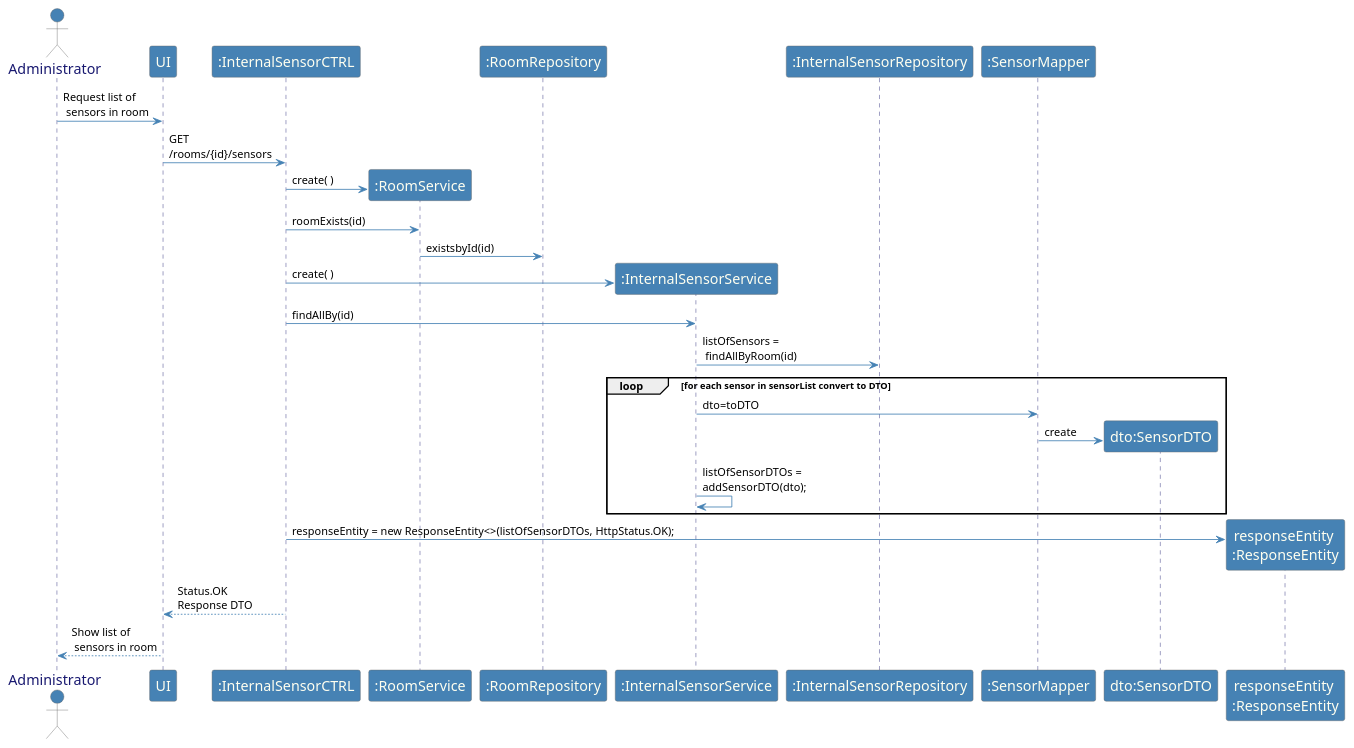
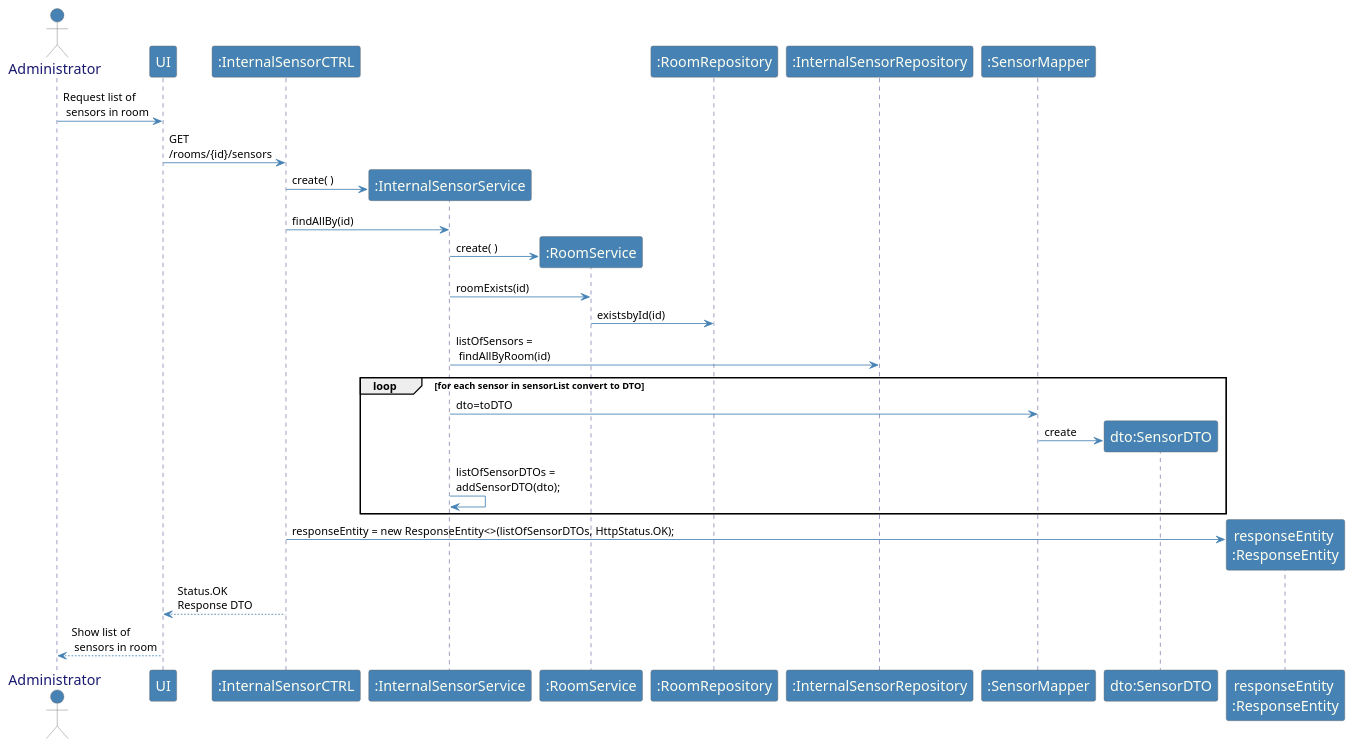
The diagram in src/main/java/smarthome/controller/rest/sequenceDiagrams/sd_ListSensorsInRoom.puml (emanuel-pereira/hou), drawn with PlantUML before and after one commit. The commit also changed 1 other file, not shown here.

Commit message:
Ref #260 class and sequence diagrams update for user story to get a list of room sensors

```diff
--- a/src/main/java/smarthome/controller/rest/sequenceDiagrams/sd_ListSensorsInRoom.puml
+++ b/src/main/java/smarthome/controller/rest/sequenceDiagrams/sd_ListSensorsInRoom.puml
@@ -1,53 +1,54 @@
 @startuml
 
 skinparam sequence {
 	ArrowColor SteelBlue
 	ActorBorderColor Dimgray
 	LifeLineBorderColor MidnightBlue
 	LifeLineBackgroundColor #A9DCDF
 
 	ParticipantBorderColor Dimgray
 	ParticipantBackgroundColor SteelBlue
 	ParticipantFontName Calibri Bold
 	ParticipantFontSize 17
 	ParticipantFontColor Ivory
 
 	ActorBackgroundColor SteelBlue
 	ActorFontColor MidnightBlue
 	ActorFontSize 17
 	ActorFontName Aapex
 }
 
 skinparam note {
 BorderColor SteelBlue
 }
 actor Administrator
 Administrator->UI: Request list of \n sensors in room
 "UI" -> ":InternalSensorCTRL": GET \n/rooms/{id}/sensors
 
-create ":RoomService"
-":InternalSensorCTRL" -> ":RoomService" : create( )
-":InternalSensorCTRL" -> ":RoomService" : roomExists(id)
-
-":RoomService" -> ":RoomRepository" : existsbyId(id)
 
 create ":InternalSensorService"
 ":InternalSensorCTRL" -> ":InternalSensorService" : create( )
 ":InternalSensorCTRL" -> ":InternalSensorService" : findAllBy(id)
+create ":RoomService"
+":InternalSensorService" -> ":RoomService" : create( )
+":InternalSensorService" -> ":RoomService" : roomExists(id)
+":RoomService" -> ":RoomRepository" : existsbyId(id)
+
+
 
 ":InternalSensorService" -> ":InternalSensorRepository" : listOfSensors =\n findAllByRoom(id)
 
 loop  for each sensor in sensorList convert to DTO
 ":InternalSensorService" -> ":SensorMapper": dto=toDTO
 create "dto:SensorDTO"
 ":SensorMapper" -> "dto:SensorDTO": create
 ":InternalSensorService" -> ":InternalSensorService": listOfSensorDTOs = \naddSensorDTO(dto);
 
 end
 create "responseEntity \n:ResponseEntity"
 ":InternalSensorCTRL" ->  "responseEntity \n:ResponseEntity": responseEntity = new ResponseEntity<>(listOfSensorDTOs, HttpStatus.OK);
 
 ":InternalSensorCTRL" --> "UI" : Status.OK \nResponse DTO
 
 Administrator<--UI: Show list of \n sensors in room
 @enduml
```
